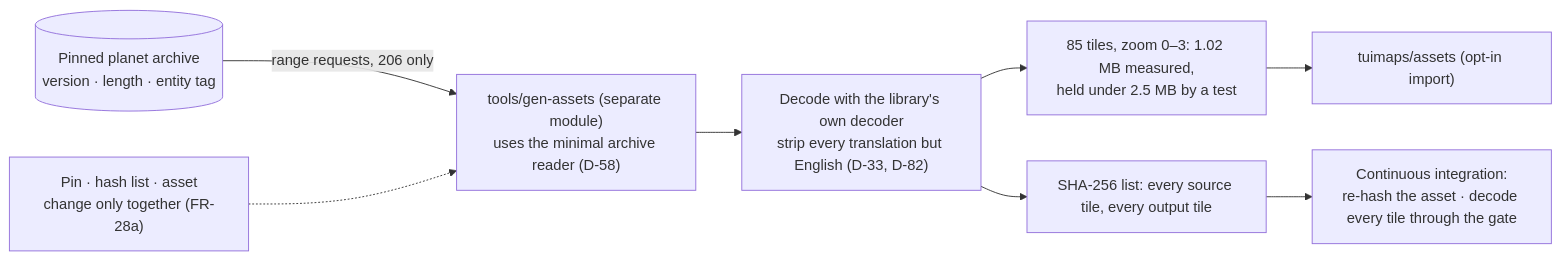
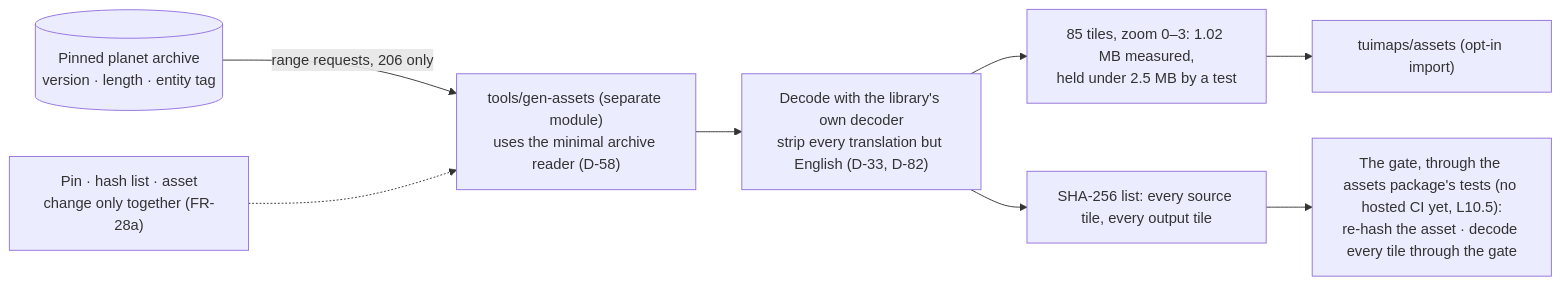
The third of 3 diagrams in 06_docs/02_features/go-tuimaps/03-architecture-design/L2-tiles.md (branden-thompson/go-tuimaps), drawn with Mermaid before and after one commit. The commit also changed other lines of this file and 20 other files, not shown here.

````diff
--- a/06_docs/02_features/go-tuimaps/03-architecture-design/L2-tiles.md
+++ b/06_docs/02_features/go-tuimaps/03-architecture-design/L2-tiles.md
@@ -93,10 +102,10 @@
 ```mermaid
 flowchart LR
     PLANET[("Pinned planet archive<br/>version · length · entity tag")] -- "range requests, 206 only" --> GEN["tools/gen-assets (separate module)<br/>uses the minimal archive reader (D-58)"]
     GEN --> STRIP["Decode with the library's own decoder<br/>strip every translation but English (D-33, D-82)"]
     STRIP --> OUT1["85 tiles, zoom 0–3: 1.02 MB measured,<br/>held under 2.5 MB by a test"]
     STRIP --> HASH["SHA-256 list: every source tile, every output tile"]
     OUT1 --> PKG["tuimaps/assets (opt-in import)"]
-    HASH --> CI["Continuous integration:<br/>re-hash the asset · decode every tile through the gate"]
+    HASH --> CI["The gate, through the assets package's tests (no hosted CI yet, L10.5):<br/>re-hash the asset · decode every tile through the gate"]
     PIN["Pin · hash list · asset<br/>change only together (FR-28a)"] -.-> GEN
 ```
````
